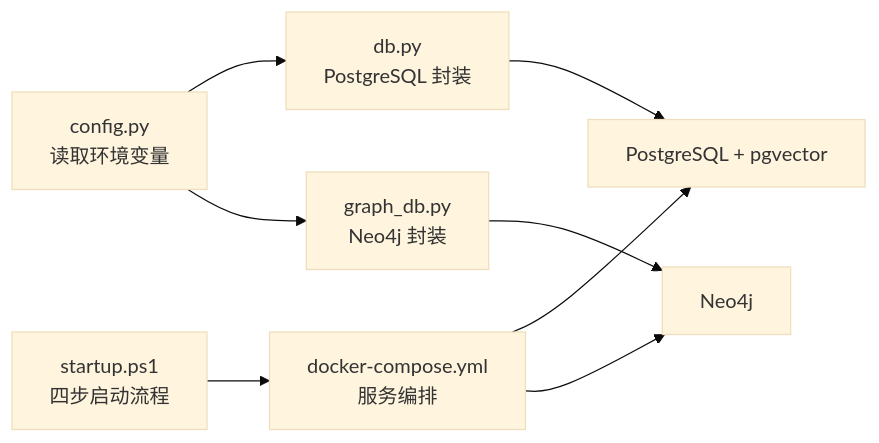
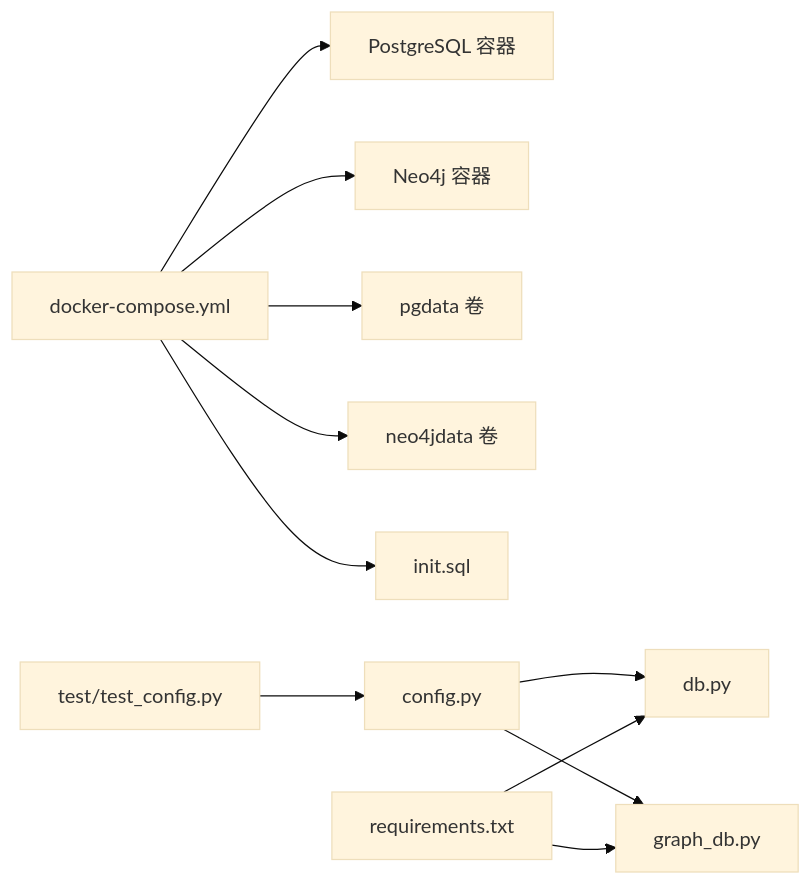
Before and after one commit to 1173591564/academic-based-qoder: the seventh of 7 diagrams in .qoder/repowiki/zh/content/部署与运维/容器化部署.md, drawn with Mermaid (base theme). The commit also changed other lines of this file and 221 other files, not shown here.

````diff
--- a/.qoder/repowiki/zh/content/部署与运维/容器化部署.md
+++ b/.qoder/repowiki/zh/content/部署与运维/容器化部署.md
@@ -357,10 +303,13 @@
 ```mermaid
 graph LR
-CFG["config.py<br/>读取环境变量"] --> DB["db.py<br/>PostgreSQL 封装"]
-CFG --> GDB["graph_db.py<br/>Neo4j 封装"]
-SCRIPT["startup.ps1<br/>四步启动流程"] --> DC["docker-compose.yml<br/>服务编排"]
-DC --> PG["PostgreSQL + pgvector"]
-DC --> N4J["Neo4j"]
-DB --> PG
-GDB --> N4J
+DC["docker-compose.yml"] --> PG["PostgreSQL 容器"]
+DC --> N4J["Neo4j 容器"]
+DC --> V1["pgdata 卷"]
+DC --> V2["neo4jdata 卷"]
+DC --> INIT["init.sql"]
+CFG["config.py"] --> DB["db.py"]
+CFG --> GDB["graph_db.py"]
+REQ["requirements.txt"] --> DB
+REQ --> GDB
+TEST["test/test_config.py"] --> CFG
 ```
````
